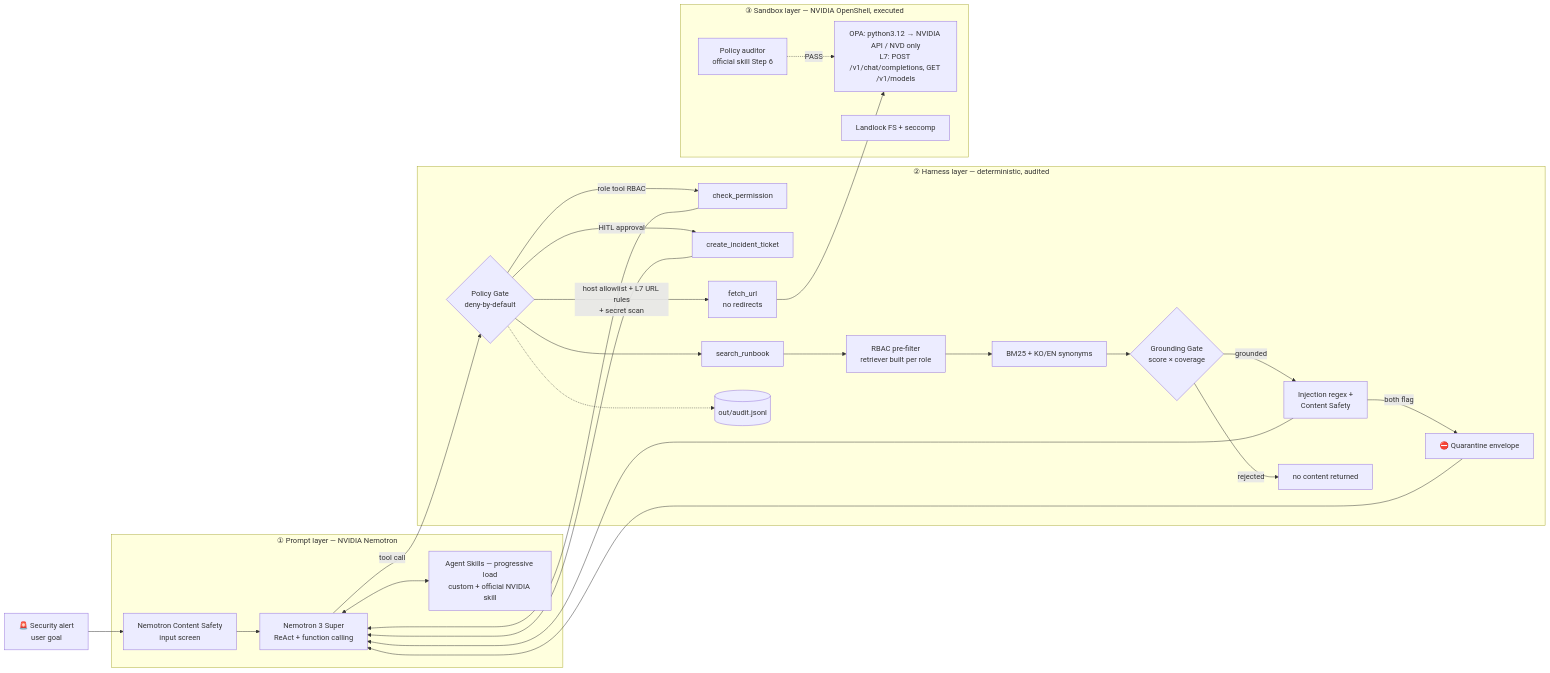
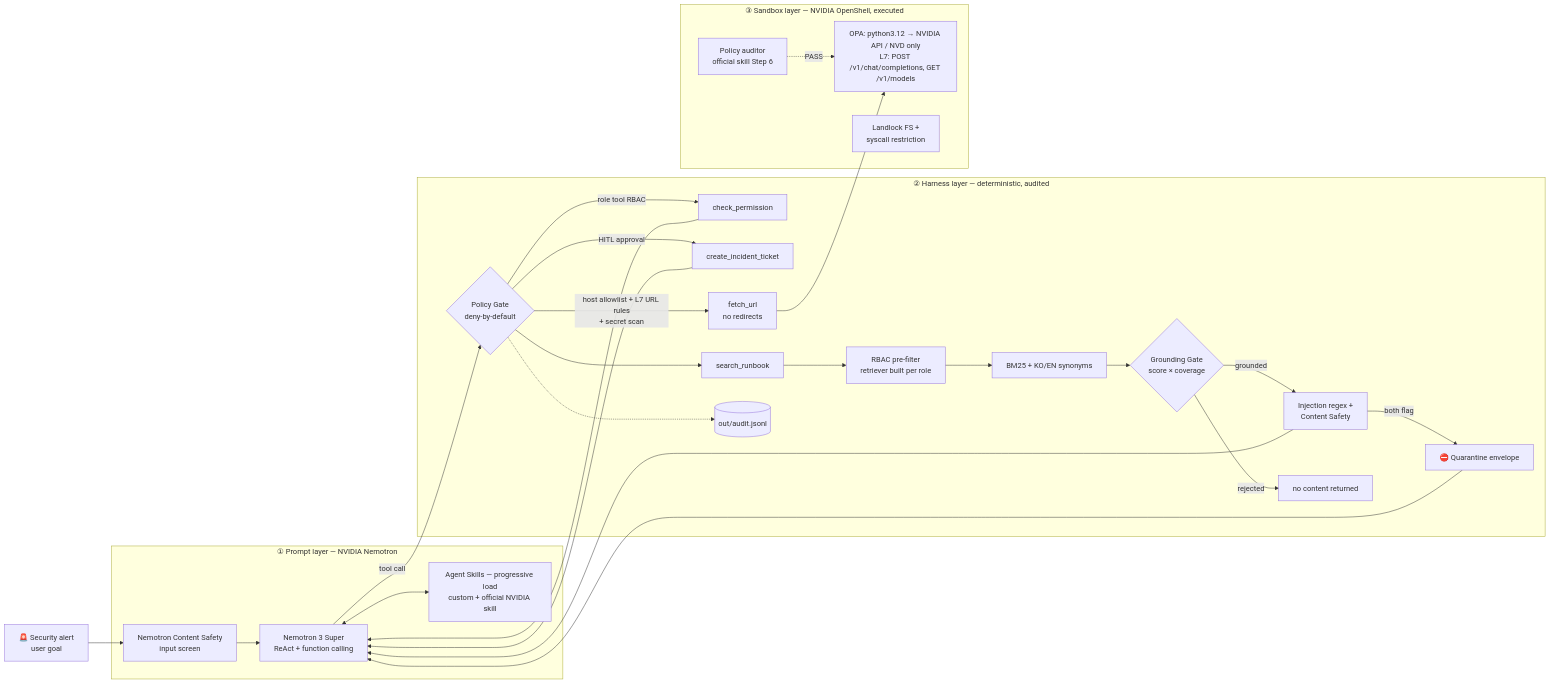
Before and after one commit to PJH720/GuardOps-Agent: the diagram in README.md, drawn with Mermaid. The commit also changed other lines of this file and 7 other files, not shown here.

````diff
--- a/README.md
+++ b/README.md
@@ -25,35 +25,35 @@
 ```mermaid
 flowchart LR
     A[🚨 Security alert<br/>user goal] --> G1
 
     subgraph P[① Prompt layer — NVIDIA Nemotron]
         G1[Nemotron Content Safety<br/>input screen] --> L[Nemotron 3 Super<br/>ReAct + function calling]
         L <--> SK[Agent Skills — progressive load<br/>custom + official NVIDIA skill]
     end
 
     subgraph H[② Harness layer — deterministic, audited]
         L -->|tool call| PG{Policy Gate<br/>deny-by-default}
         PG -->|role tool RBAC| T1[check_permission]
         PG -->|HITL approval| T2[create_incident_ticket]
         PG -->|host allowlist + L7 URL rules<br/>+ secret scan| T3[fetch_url<br/>no redirects]
         PG --> RB[search_runbook]
         RB --> R1[RBAC pre-filter<br/>retriever built per role]
         R1 --> R2[BM25 + KO/EN synonyms]
         R2 --> R3{Grounding Gate<br/>score × coverage}
         R3 -->|grounded| R4[Injection regex +<br/>Content Safety]
         R4 -->|both flag| Q[⛔ Quarantine envelope]
         R3 -->|rejected| X1[no content returned]
         PG -.-> AU[(out/audit.jsonl)]
     end
 
     subgraph S[③ Sandbox layer — NVIDIA OpenShell, executed]
         T3 --> NET[OPA: python3.12 → NVIDIA API / NVD only<br/>L7: POST /v1/chat/completions, GET /v1/models]
-        FS[Landlock FS + seccomp]
+        FS[Landlock FS +<br/>syscall restriction]
         PA[Policy auditor<br/>official skill Step 6] -.->|PASS| NET
     end
 
     R4 --> L
     Q --> L
     T1 --> L
     T2 --> L
 ```
````
